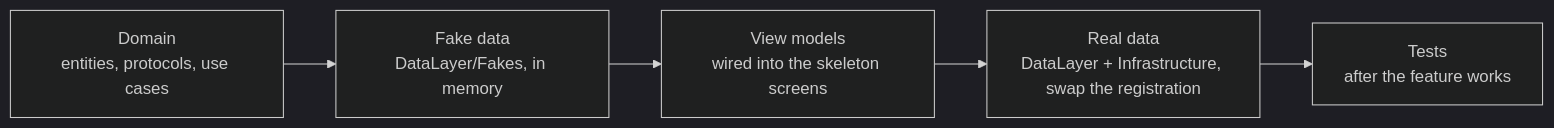
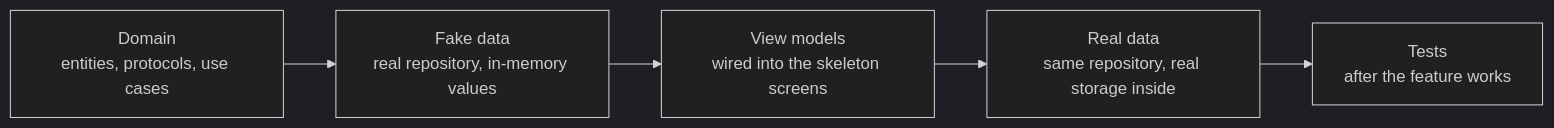
One commit to DAMHONGDUC/site-log-ios changed the first of 2 diagrams in ROADMAP.md. Above: the diagram before and after it, drawn with Mermaid (dark theme). The commit also changed other lines of this file and 20 other files, not shown here.

First line of the commit message:
docs: architecture - real repository first, no fakes

````diff
--- a/ROADMAP.md
+++ b/ROADMAP.md
@@ -41,7 +41,7 @@
 ```mermaid
 flowchart LR
-    D["Domain<br/>entities, protocols, use cases"] --> F["Fake data<br/>DataLayer/Fakes, in memory"]
+    D["Domain<br/>entities, protocols, use cases"] --> F["Fake data<br/>real repository, in-memory values"]
     F --> V["View models<br/>wired into the skeleton screens"]
-    V --> R["Real data<br/>DataLayer + Infrastructure, swap the registration"]
+    V --> R["Real data<br/>same repository, real storage inside"]
     R --> T["Tests<br/>after the feature works"]
 ```
````
